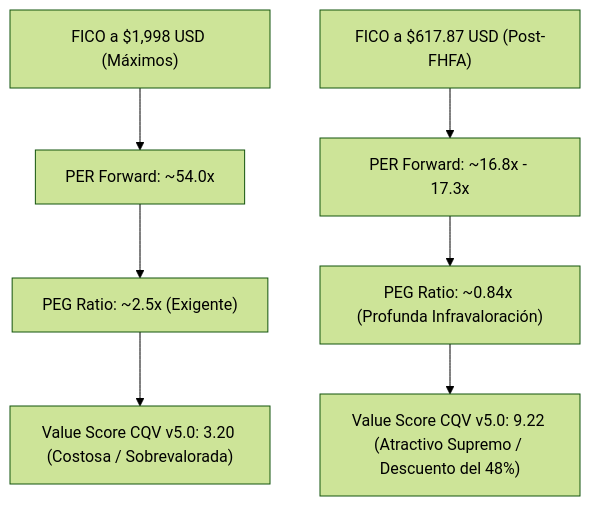
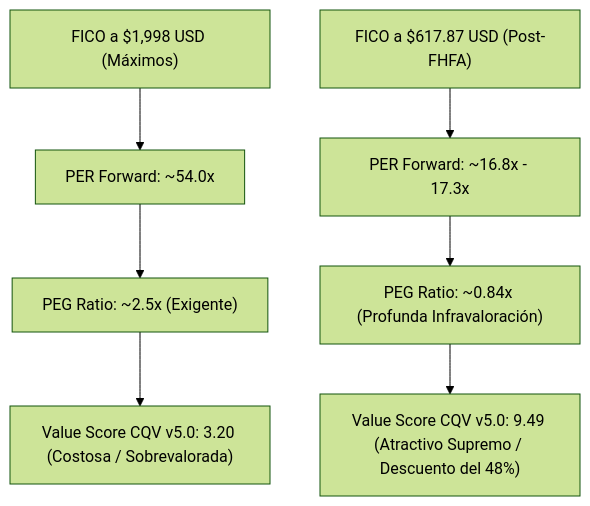
Before and after one commit to poolvc-dev/finance-cqv-find: the second of 2 diagrams in tesis/FICO/FICO_Ajuste_Previsiones_Analistas_Wall_Street_Precio_Objetivo_20261003.md, drawn with Mermaid (forest theme). The commit also changed other lines of this file and 780 other files, not shown here.

````diff
--- a/tesis/FICO/FICO_Ajuste_Previsiones_Analistas_Wall_Street_Precio_Objetivo_20261003.md
+++ b/tesis/FICO/FICO_Ajuste_Previsiones_Analistas_Wall_Street_Precio_Objetivo_20261003.md
@@ -116,10 +116,10 @@
 ```mermaid
 graph TD
     A["FICO a $1,998 USD (Máximos)"] --> B["PER Forward: ~54.0x"]
     B --> C["PEG Ratio: ~2.5x (Exigente)"]
     C --> D["Value Score CQV v5.0: 3.20 (Costosa / Sobrevalorada)"]
 
     E["FICO a $617.87 USD (Post-FHFA)"] --> F["PER Forward: ~16.8x - 17.3x"]
     F --> G["PEG Ratio: ~0.84x (Profunda Infravaloración)"]
-    G --> H["Value Score CQV v5.0: 9.22 (Atractivo Supremo / Descuento del 48%)"]
+    G --> H["Value Score CQV v5.0: 9.49 (Atractivo Supremo / Descuento del 48%)"]
 ```
````
